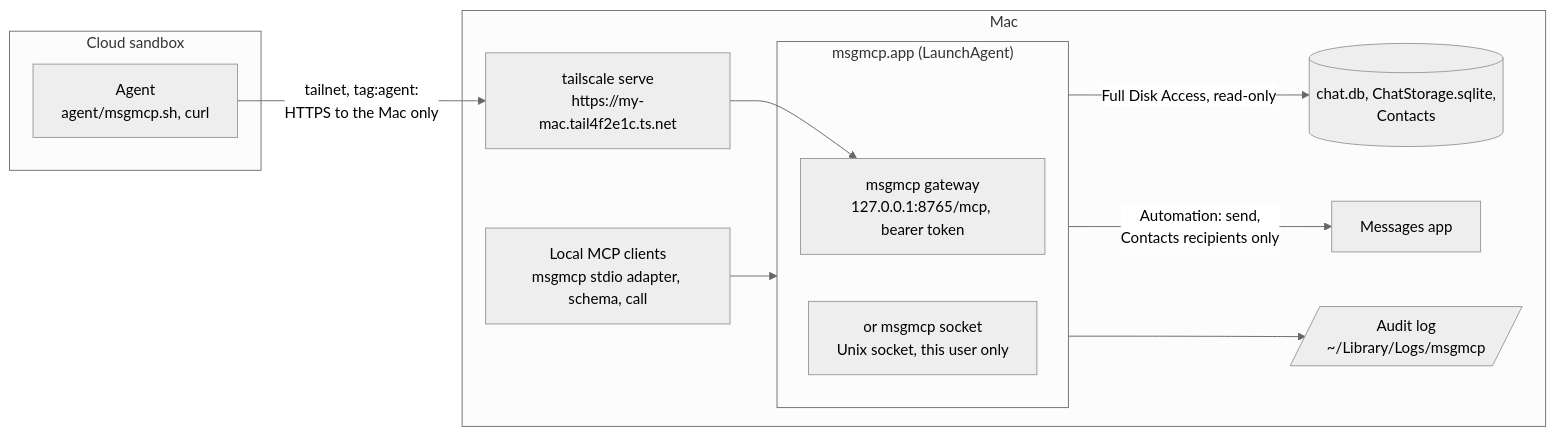
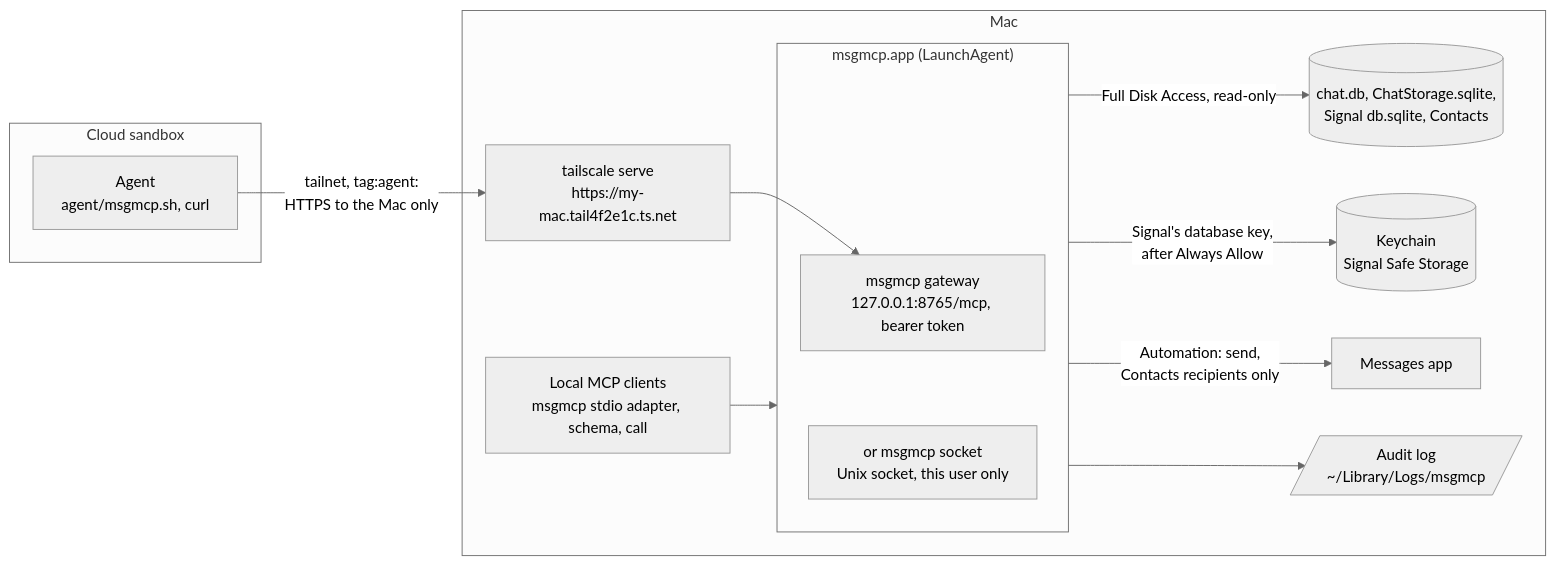
Before and after one commit to akurilin/msgmcp: the diagram in README.md, drawn with Mermaid (neutral theme). The commit also changed other lines of this file and 14 other files, not shown here.

````diff
--- a/README.md
+++ b/README.md
@@ -35,23 +35,25 @@
 ```mermaid
 flowchart LR
   subgraph cloud["Cloud sandbox"]
     agent["Agent<br/>agent/msgmcp.sh, curl"]
   end
   subgraph mac["Mac"]
     serve["tailscale serve<br/>https://my-mac.tail4f2e1c.ts.net"]
     local["Local MCP clients<br/>msgmcp stdio adapter, schema, call"]
     subgraph app["msgmcp.app (LaunchAgent)"]
       gateway["msgmcp gateway<br/>127.0.0.1:8765/mcp, bearer token"]
       socket["or msgmcp socket<br/>Unix socket, this user only"]
     end
-    stores[("chat.db, ChatStorage.sqlite,<br/>Contacts")]
+    stores[("chat.db, ChatStorage.sqlite,<br/>Signal db.sqlite, Contacts")]
+    keychain[("Keychain<br/>Signal Safe Storage")]
     messages["Messages app"]
     audit[/"Audit log<br/>~/Library/Logs/msgmcp"/]
   end
   agent -- "tailnet, tag:agent:<br/>HTTPS to the Mac only" --> serve
   serve --> gateway
   local --> app
   app -- "Full Disk Access, read-only" --> stores
+  app -- "Signal's database key,<br/>after Always Allow" --> keychain
   app -- "Automation: send,<br/>Contacts recipients only" --> messages
   app --> audit
 ```
````
